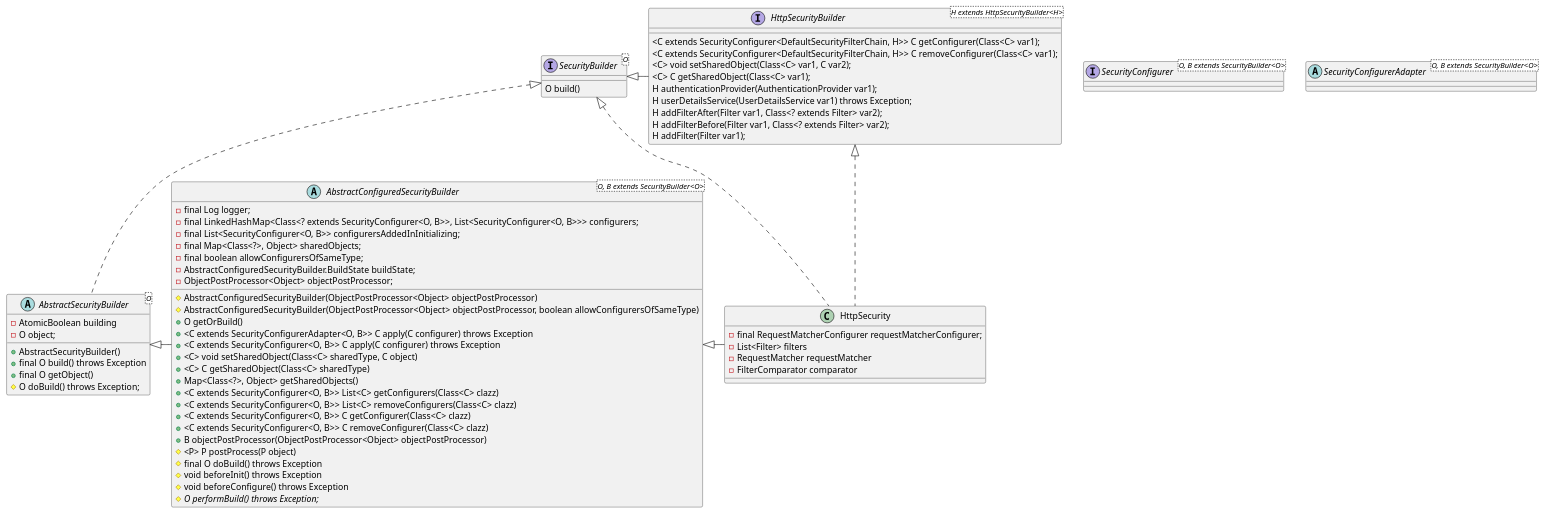
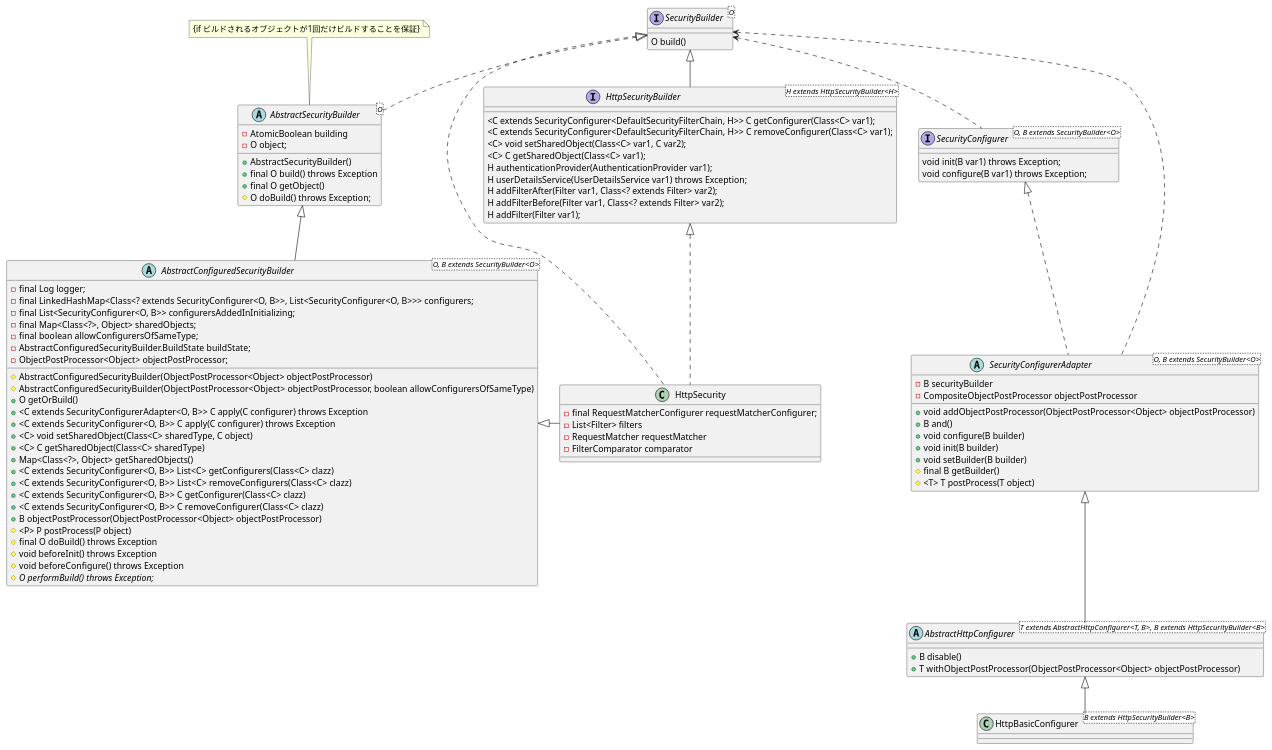
Before and after one commit to nannany/reading_memo: the diagram in spring_security_in_action/about_HttpSecurity.puml, drawn with PlantUML.

```diff
--- a/spring_security_in_action/about_HttpSecurity.puml
+++ b/spring_security_in_action/about_HttpSecurity.puml
@@ -1,78 +1,109 @@
 @startuml
 
 interface SecurityBuilder<O> {
   O build()
 }
 interface HttpSecurityBuilder<H extends HttpSecurityBuilder<H>> {
   <C extends SecurityConfigurer<DefaultSecurityFilterChain, H>> C getConfigurer(Class<C> var1);
   <C extends SecurityConfigurer<DefaultSecurityFilterChain, H>> C removeConfigurer(Class<C> var1);
   <C> void setSharedObject(Class<C> var1, C var2);
   <C> C getSharedObject(Class<C> var1);
   H authenticationProvider(AuthenticationProvider var1);
   H userDetailsService(UserDetailsService var1) throws Exception;
   H addFilterAfter(Filter var1, Class<? extends Filter> var2);
   H addFilterBefore(Filter var1, Class<? extends Filter> var2);
   H addFilter(Filter var1);
 }
 
 interface SecurityConfigurer<O, B extends SecurityBuilder<O>>{
+  void init(B var1) throws Exception;
+  void configure(B var1) throws Exception;
 }
 
 abstract AbstractSecurityBuilder<O> {
   - AtomicBoolean building
   - O object;
   + AbstractSecurityBuilder()
   + final O build() throws Exception
   + final O getObject()
   # O doBuild() throws Exception;
 }
 abstract AbstractConfiguredSecurityBuilder<O, B extends SecurityBuilder<O>> {
   - final Log logger;
   - final LinkedHashMap<Class<? extends SecurityConfigurer<O, B>>, List<SecurityConfigurer<O, B>>> configurers;
   - final List<SecurityConfigurer<O, B>> configurersAddedInInitializing;
   - final Map<Class<?>, Object> sharedObjects;
   - final boolean allowConfigurersOfSameType;
   - AbstractConfiguredSecurityBuilder.BuildState buildState;
   - ObjectPostProcessor<Object> objectPostProcessor;
 
   # AbstractConfiguredSecurityBuilder(ObjectPostProcessor<Object> objectPostProcessor)
   # AbstractConfiguredSecurityBuilder(ObjectPostProcessor<Object> objectPostProcessor, boolean allowConfigurersOfSameType)
   + O getOrBuild()
   + <C extends SecurityConfigurerAdapter<O, B>> C apply(C configurer) throws Exception
   + <C extends SecurityConfigurer<O, B>> C apply(C configurer) throws Exception
   + <C> void setSharedObject(Class<C> sharedType, C object)
   + <C> C getSharedObject(Class<C> sharedType)
   + Map<Class<?>, Object> getSharedObjects()
   + <C extends SecurityConfigurer<O, B>> List<C> getConfigurers(Class<C> clazz)
   + <C extends SecurityConfigurer<O, B>> List<C> removeConfigurers(Class<C> clazz)
   + <C extends SecurityConfigurer<O, B>> C getConfigurer(Class<C> clazz)
   + <C extends SecurityConfigurer<O, B>> C removeConfigurer(Class<C> clazz)
   + B objectPostProcessor(ObjectPostProcessor<Object> objectPostProcessor)
   # <P> P postProcess(P object)
   # final O doBuild() throws Exception
   # void beforeInit() throws Exception
   # void beforeConfigure() throws Exception
   # {abstract} O performBuild() throws Exception;
 }
 
 abstract SecurityConfigurerAdapter<O, B extends SecurityBuilder<O>> {
+  - B securityBuilder
+  - CompositeObjectPostProcessor objectPostProcessor
+
+	+ void addObjectPostProcessor(ObjectPostProcessor<Object> objectPostProcessor)
+  + B and()
+  + void configure(B builder)
+  + void init(B builder)
+  + void setBuilder(B builder)
+  # final B getBuilder()
+  # <T> T postProcess(T object)
 }
 
 class HttpSecurity {
 	- final RequestMatcherConfigurer requestMatcherConfigurer;
 	- List<Filter> filters
 	- RequestMatcher requestMatcher
 	- FilterComparator comparator
 
+
+}
+
+abstract AbstractHttpConfigurer<T extends AbstractHttpConfigurer<T, B>, B extends HttpSecurityBuilder<B>>{
+  + B disable()
+  + T withObjectPostProcessor(ObjectPostProcessor<Object> objectPostProcessor)
+}
+
+class HttpBasicConfigurer<B extends HttpSecurityBuilder<B>> {
 }
 
 
 SecurityBuilder <|.. HttpSecurity
 SecurityBuilder <|.. AbstractSecurityBuilder
 SecurityBuilder <|- HttpSecurityBuilder
 HttpSecurityBuilder <|.. HttpSecurity
-AbstractSecurityBuilder <|- AbstractConfiguredSecurityBuilder
+AbstractSecurityBuilder <|-- AbstractConfiguredSecurityBuilder
 AbstractConfiguredSecurityBuilder <|- HttpSecurity
 
+SecurityConfigurer <|.. SecurityConfigurerAdapter
+SecurityConfigurerAdapter <|-- AbstractHttpConfigurer
+AbstractHttpConfigurer <|-- HttpBasicConfigurer
 
+SecurityBuilder <.. SecurityConfigurer
+SecurityBuilder <.. SecurityConfigurerAdapter
+
+
+note top of AbstractSecurityBuilder
+     {if ビルドされるオブジェクトが1回だけビルドすることを保証}
+end note
 @enduml
```
